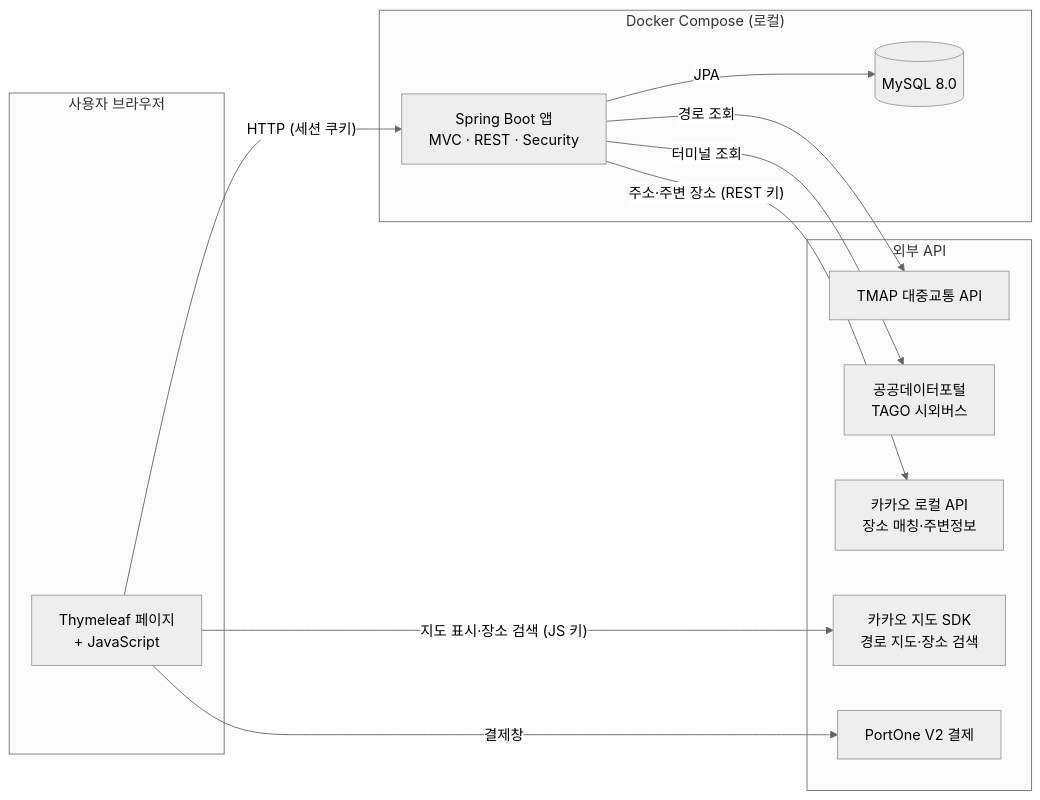
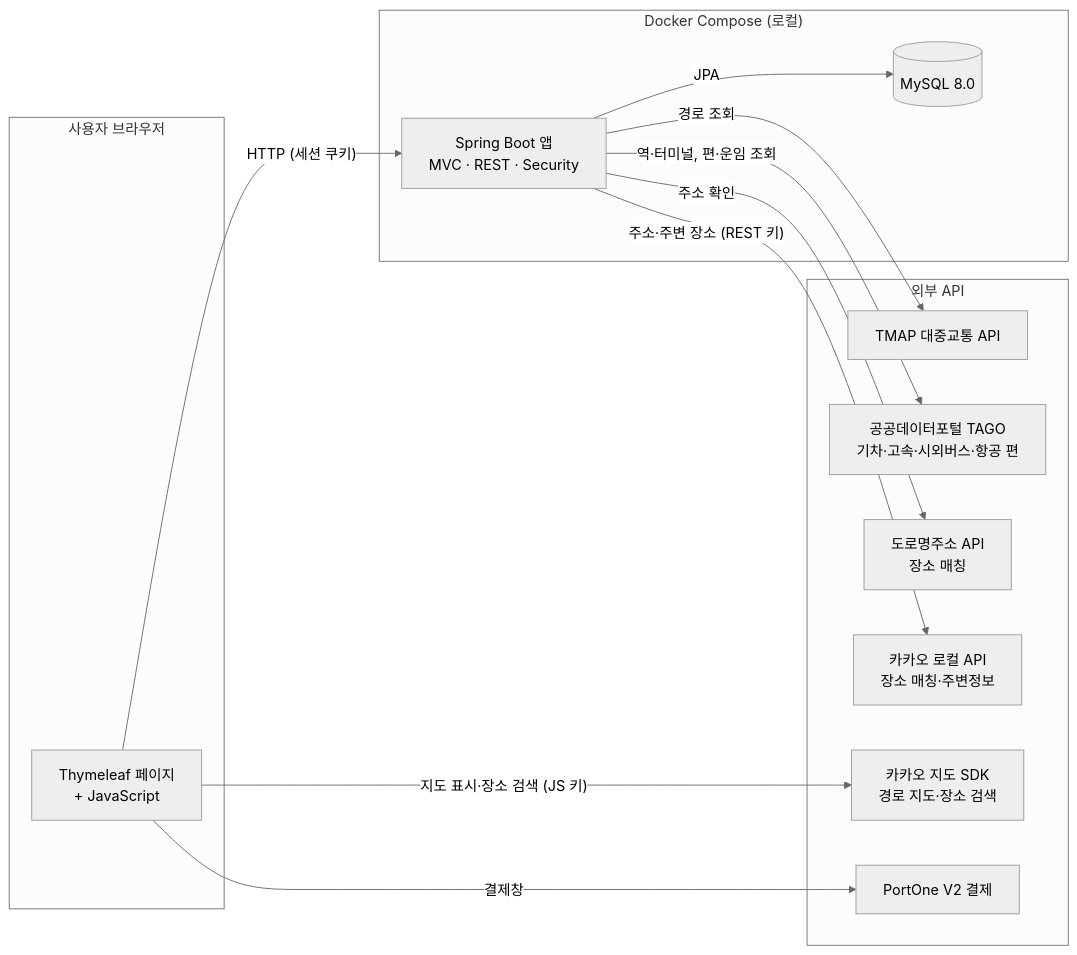
Before and after one commit to kimyeongbin-dev/mobillax-v2: the first of 2 diagrams in README.md, drawn with Mermaid (neutral theme). The commit also changed other lines of this file and 2 other files, not shown here.

````diff
--- a/README.md
+++ b/README.md
@@ -75,27 +74,29 @@
 ```mermaid
 flowchart LR
     subgraph Client["사용자 브라우저"]
         UI["Thymeleaf 페이지<br/>+ JavaScript"]
     end
 
     subgraph Local["Docker Compose (로컬)"]
         App["Spring Boot 앱<br/>MVC · REST · Security"]
         DB[("MySQL 8.0")]
     end
 
     subgraph External["외부 API"]
         TmapREST["TMAP 대중교통 API"]
         KakaoSDK["카카오 지도 SDK<br/>경로 지도·장소 검색"]
         KakaoREST["카카오 로컬 API<br/>장소 매칭·주변정보"]
         PortOne["PortOne V2 결제"]
-        DataGo["공공데이터포털<br/>TAGO 시외버스"]
+        DataGo["공공데이터포털 TAGO<br/>기차·고속·시외버스·항공 편"]
+        Juso["도로명주소 API<br/>장소 매칭"]
     end
 
     UI -- "HTTP (세션 쿠키)" --> App
     App -- "JPA" --> DB
     App -- "경로 조회" --> TmapREST
-    App -- "터미널 조회" --> DataGo
+    App -- "역·터미널, 편·운임 조회" --> DataGo
+    App -- "주소 확인" --> Juso
     App -- "주소·주변 장소 (REST 키)" --> KakaoREST
     UI -- "지도 표시·장소 검색 (JS 키)" --> KakaoSDK
     UI -- "결제창" --> PortOne
 ```
````
